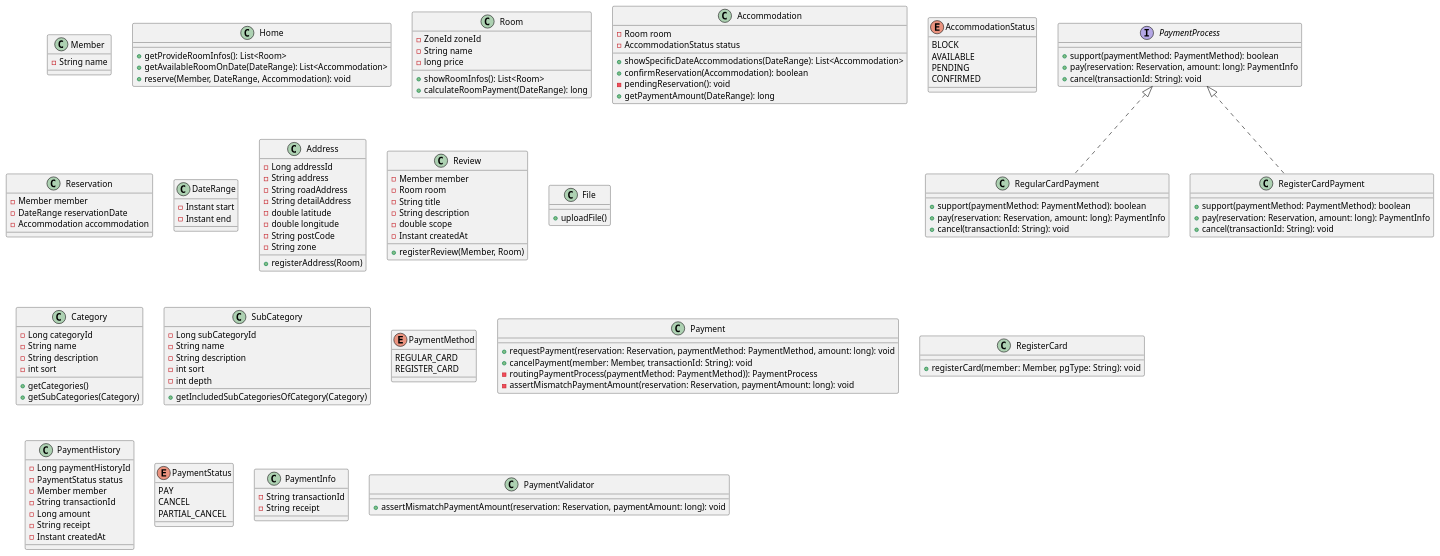
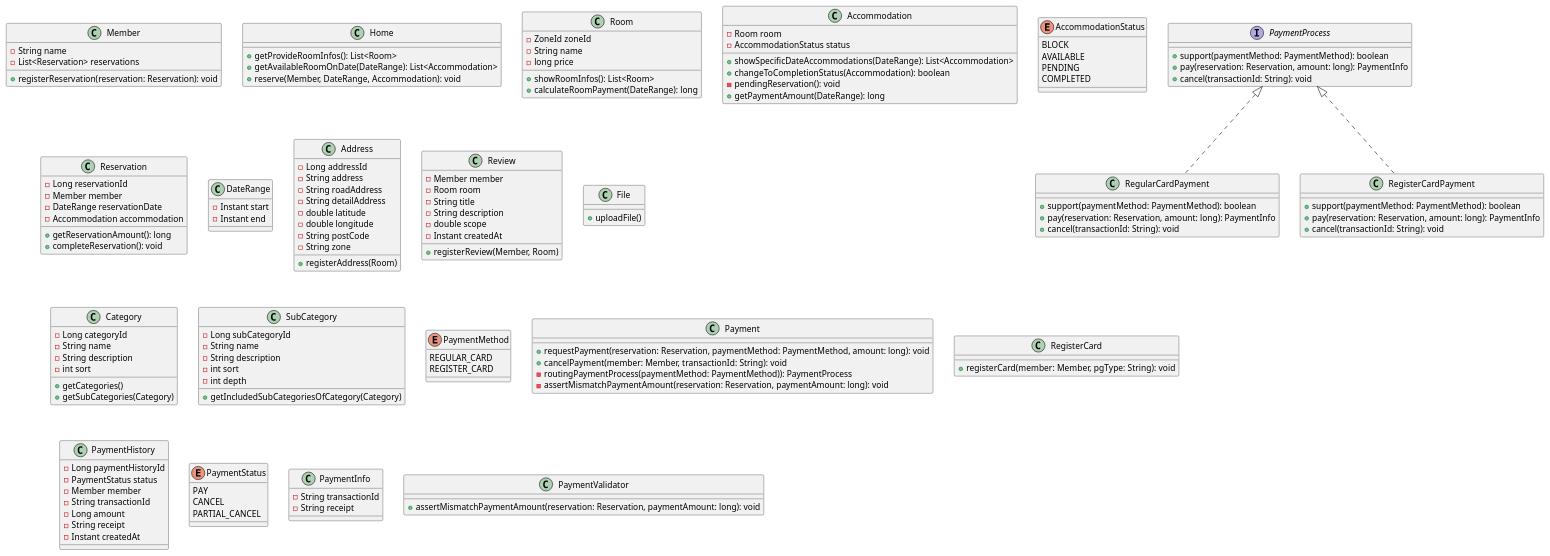
One commit to f-lab-edu/room-reservation-service changed the diagram in class-diagram.puml. Above: the diagram before and after it, drawn with PlantUML. The commit also changed 10 other files, not shown here.

```diff
--- a/class-diagram.puml
+++ b/class-diagram.puml
@@ -1,150 +1,155 @@
 @startuml
 class Member {
   -String name
+  -List<Reservation> reservations
+  +registerReservation(reservation: Reservation): void
 }
 
 class Home {
   +getProvideRoomInfos(): List<Room>
   +getAvailableRoomOnDate(DateRange): List<Accommodation>
   +reserve(Member, DateRange, Accommodation): void
 }
 
 class Room {
   -ZoneId zoneId
   -String name
   -long price
   +showRoomInfos(): List<Room>
   +calculateRoomPayment(DateRange): long
 }
 
 class Accommodation {
   -Room room
   -AccommodationStatus status
   +showSpecificDateAccommodations(DateRange): List<Accommodation>
-  +confirmReservation(Accommodation): boolean
+  +changeToCompletionStatus(Accommodation): boolean
   -pendingReservation(): void
   +getPaymentAmount(DateRange): long
 }
 
 enum AccommodationStatus {
   BLOCK
   AVAILABLE
   PENDING
-  CONFIRMED
+  COMPLETED
 }
 
 class Reservation {
+  -Long reservationId
   -Member member
   -DateRange reservationDate
   -Accommodation accommodation
+  +getReservationAmount(): long
+  +completeReservation(): void
 }
 
 class DateRange {
   -Instant start
   -Instant end
 }
 
 class Address {
   -Long addressId
   -String address
   -String roadAddress
   -String detailAddress
   -double latitude
   -double longitude
   -String postCode
   -String zone
   +registerAddress(Room)
 }
 
 class Review {
   -Member member
   -Room room
   -String title
   -String description
   -double scope
   -Instant createdAt
   +registerReview(Member, Room)
 }
 
 class File {
   +uploadFile()
 }
 
 class Category {
   -Long categoryId
   -String name
   -String description
   -int sort
   +getCategories()
   +getSubCategories(Category)
 }
 
 class SubCategory {
   -Long subCategoryId
   -String name
   -String description
   -int sort
   -int depth
   +getIncludedSubCategoriesOfCategory(Category)
 }
 
 enum PaymentMethod {
   REGULAR_CARD
   REGISTER_CARD
 }
 
 class Payment {
  +requestPayment(reservation: Reservation, paymentMethod: PaymentMethod, amount: long): void
  +cancelPayment(member: Member, transactionId: String): void
  -routingPaymentProcess(paymentMethod: PaymentMethod)): PaymentProcess
  -assertMismatchPaymentAmount(reservation: Reservation, paymentAmount: long): void
 }
 
 class RegisterCard {
  +registerCard(member: Member, pgType: String): void
 }
 
 interface PaymentProcess {
  +support(paymentMethod: PaymentMethod): boolean
  +pay(reservation: Reservation, amount: long): PaymentInfo
  +cancel(transactionId: String): void
 }
 
 class RegularCardPayment implements PaymentProcess {
  +support(paymentMethod: PaymentMethod): boolean
  +pay(reservation: Reservation, amount: long): PaymentInfo
  +cancel(transactionId: String): void
 }
 
 class RegisterCardPayment implements PaymentProcess  {
  +support(paymentMethod: PaymentMethod): boolean
  +pay(reservation: Reservation, amount: long): PaymentInfo
  +cancel(transactionId: String): void
 }
 
 class PaymentHistory {
  -Long paymentHistoryId
  -PaymentStatus status
  -Member member
  -String transactionId
  -Long amount
  -String receipt
  -Instant createdAt
 }
 
 enum PaymentStatus {
  PAY
  CANCEL
  PARTIAL_CANCEL
 }
 
 class PaymentInfo {
  -String transactionId
  -String receipt
 }
 
 class PaymentValidator {
  +assertMismatchPaymentAmount(reservation: Reservation, paymentAmount: long): void
 }
 
 @enduml
```
